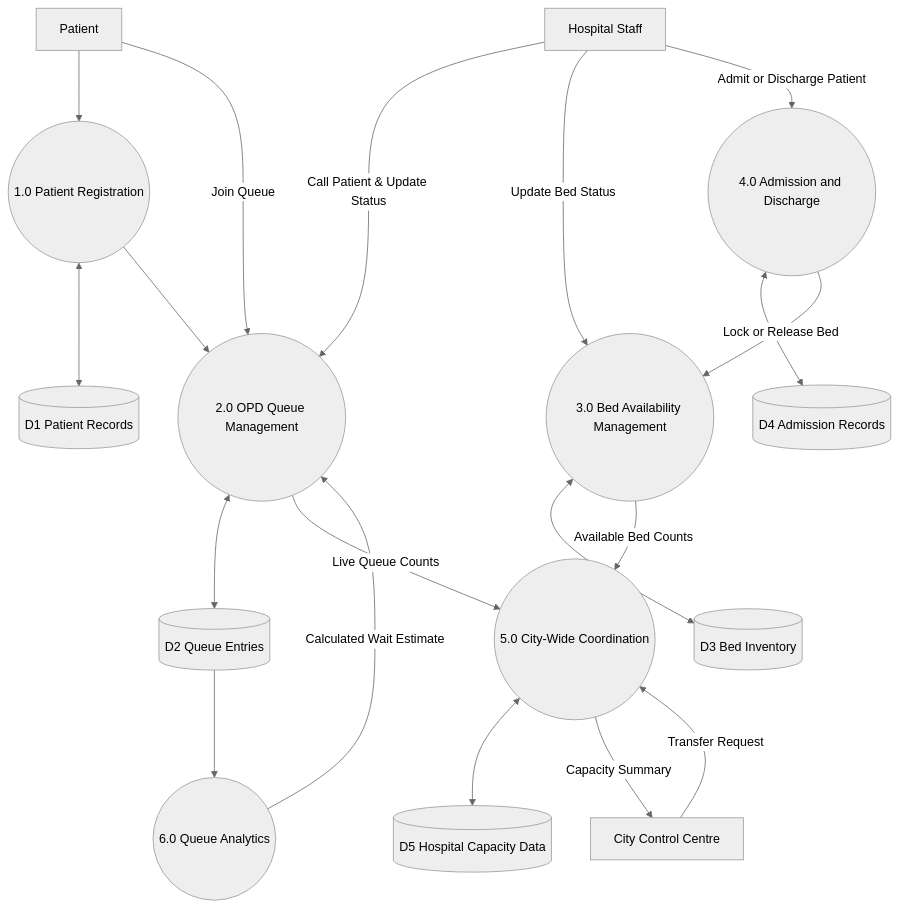
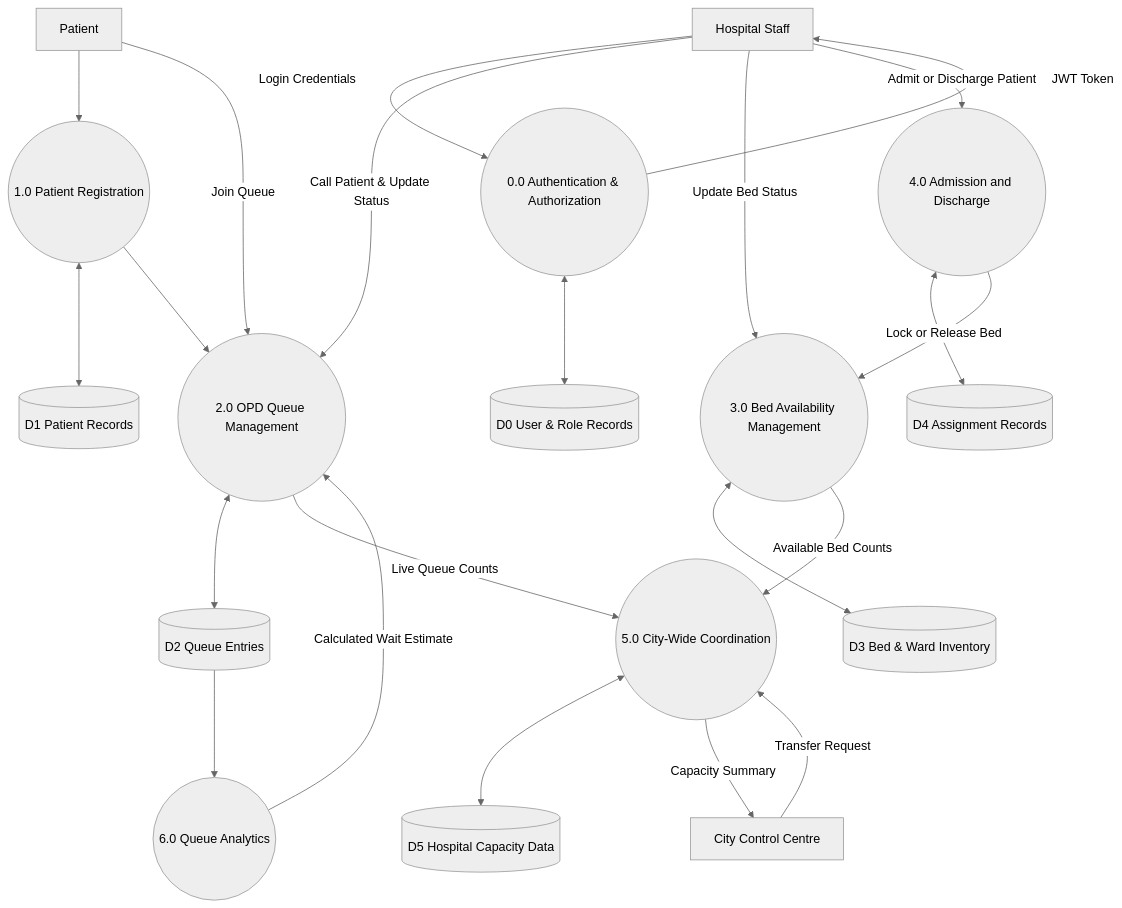
The fifth of 9 diagrams in documentation/Hospital_Management_System_Proposal.md (Ar1es-XD/AP-Project), drawn with Mermaid (neutral theme) before and after one commit. The commit also changed other lines of this file and 1 other file, not shown here.

````diff
--- a/documentation/Hospital_Management_System_Proposal.md
+++ b/documentation/Hospital_Management_System_Proposal.md
@@ -306,43 +598,49 @@
 ```mermaid
 flowchart TB
     PAT[Patient]
     STAFF[Hospital Staff]
     CITY[City Control Centre]
 
+    P0(("0.0 Authentication & Authorization"))
     P1(("1.0 Patient Registration"))
     P2(("2.0 OPD Queue Management"))
     P3(("3.0 Bed Availability Management"))
     P4(("4.0 Admission and Discharge"))
     P5(("5.0 City-Wide Coordination"))
     P6(("6.0 Queue Analytics"))
 
+    D0[("D0 User & Role Records")]
     D1[("D1 Patient Records")]
     D2[("D2 Queue Entries")]
-    D3[("D3 Bed Inventory")]
-    D4[("D4 Admission Records")]
+    D3[("D3 Bed & Ward Inventory")]
+    D4[("D4 Assignment Records")]
     D5[("D5 Hospital Capacity Data")]
+
+    STAFF -->|"Login Credentials"| P0
+    P0 -->|"JWT Token"| STAFF
+    P0 <--> D0
 
     PAT --> P1
     P1 <--> D1
     P1 --> P2
 
     PAT -->|Join Queue| P2
     STAFF -->|Call Patient & Update Status| P2
     P2 <--> D2
 
     STAFF -->|Update Bed Status| P3
     P3 <--> D3
 
     STAFF -->|Admit or Discharge Patient| P4
     P4 <--> D4
     P4 -->|Lock or Release Bed| P3
 
     P2 -->|Live Queue Counts| P5
     P3 -->|Available Bed Counts| P5
     P5 <--> D5
     P5 -->|Capacity Summary| CITY
     CITY -->|Transfer Request| P5
 
     D2 --> P6
     P6 -->|Calculated Wait Estimate| P2
 ```
````
